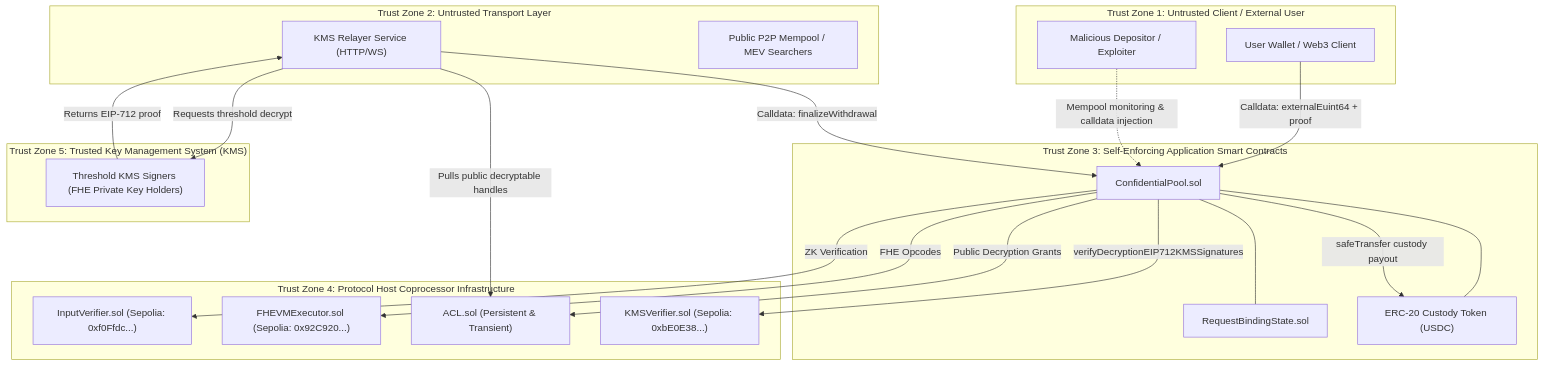
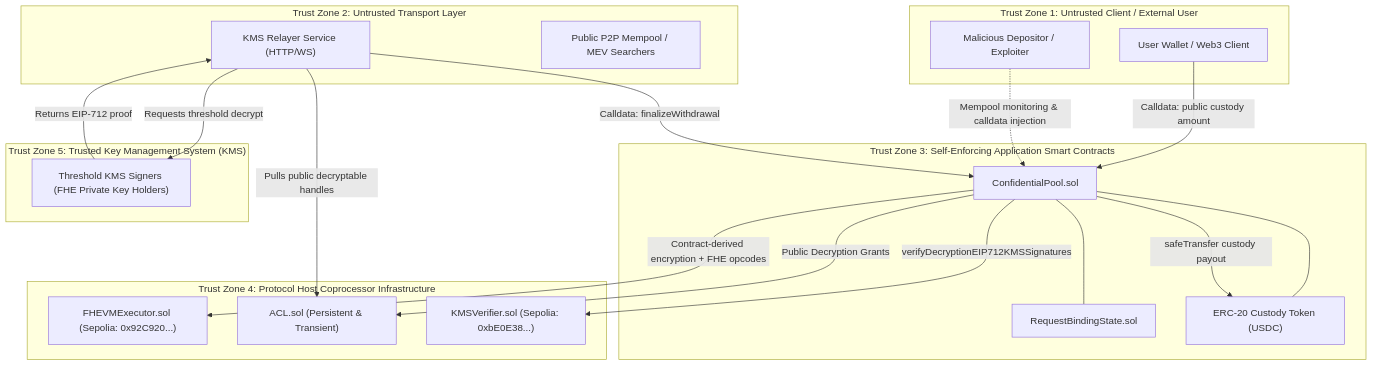
One commit to Webghost01-NG/cipherpool changed the diagram in docs/security/threat-model.md. Above: the diagram before and after it, drawn with Mermaid. The commit also changed other lines of this file and 14 other files, not shown here.

````diff
--- a/docs/security/threat-model.md
+++ b/docs/security/threat-model.md
@@ -23,43 +23,41 @@
 ```mermaid
 graph TD
     subgraph "Trust Zone 1: Untrusted Client / External User"
         User["User Wallet / Web3 Client"]
         Attacker["Malicious Depositor / Exploiter"]
     end
 
     subgraph "Trust Zone 2: Untrusted Transport Layer"
         Relayer["KMS Relayer Service (HTTP/WS)"]
         Mempool["Public P2P Mempool / MEV Searchers"]
     end
 
     subgraph "Trust Zone 3: Self-Enforcing Application Smart Contracts"
         Pool["ConfidentialPool.sol"]
         ReqState["RequestBindingState.sol"]
         Custody["ERC-20 Custody Token (USDC)"]
         Pool --- ReqState
         Pool --- Custody
     end
 
     subgraph "Trust Zone 4: Protocol Host Coprocessor Infrastructure"
-        InputVerif["InputVerifier.sol (Sepolia: 0xf0Ffdc...)"]
         Executor["FHEVMExecutor.sol (Sepolia: 0x92C920...)"]
         ACL["ACL.sol (Persistent & Transient)"]
         KMSVerif["KMSVerifier.sol (Sepolia: 0xbE0E38...)"]
     end
 
     subgraph "Trust Zone 5: Trusted Key Management System (KMS)"
         KMS_Nodes["Threshold KMS Signers (FHE Private Key Holders)"]
     end
 
-    User -->|Calldata: externalEuint64 + proof| Pool
+    User -->|Calldata: public custody amount| Pool
     Attacker -.->|Mempool monitoring & calldata injection| Pool
-    Pool -->|ZK Verification| InputVerif
-    Pool -->|FHE Opcodes| Executor
+    Pool -->|Contract-derived encryption + FHE opcodes| Executor
     Pool -->|Public Decryption Grants| ACL
     Relayer -->|Pulls public decryptable handles| ACL
     Relayer -->|Requests threshold decrypt| KMS_Nodes
     KMS_Nodes -->|Returns EIP-712 proof| Relayer
     Relayer -->|Calldata: finalizeWithdrawal| Pool
     Pool -->|verifyDecryptionEIP712KMSSignatures| KMSVerif
     Pool -->|safeTransfer custody payout| Custody
 ```
````
